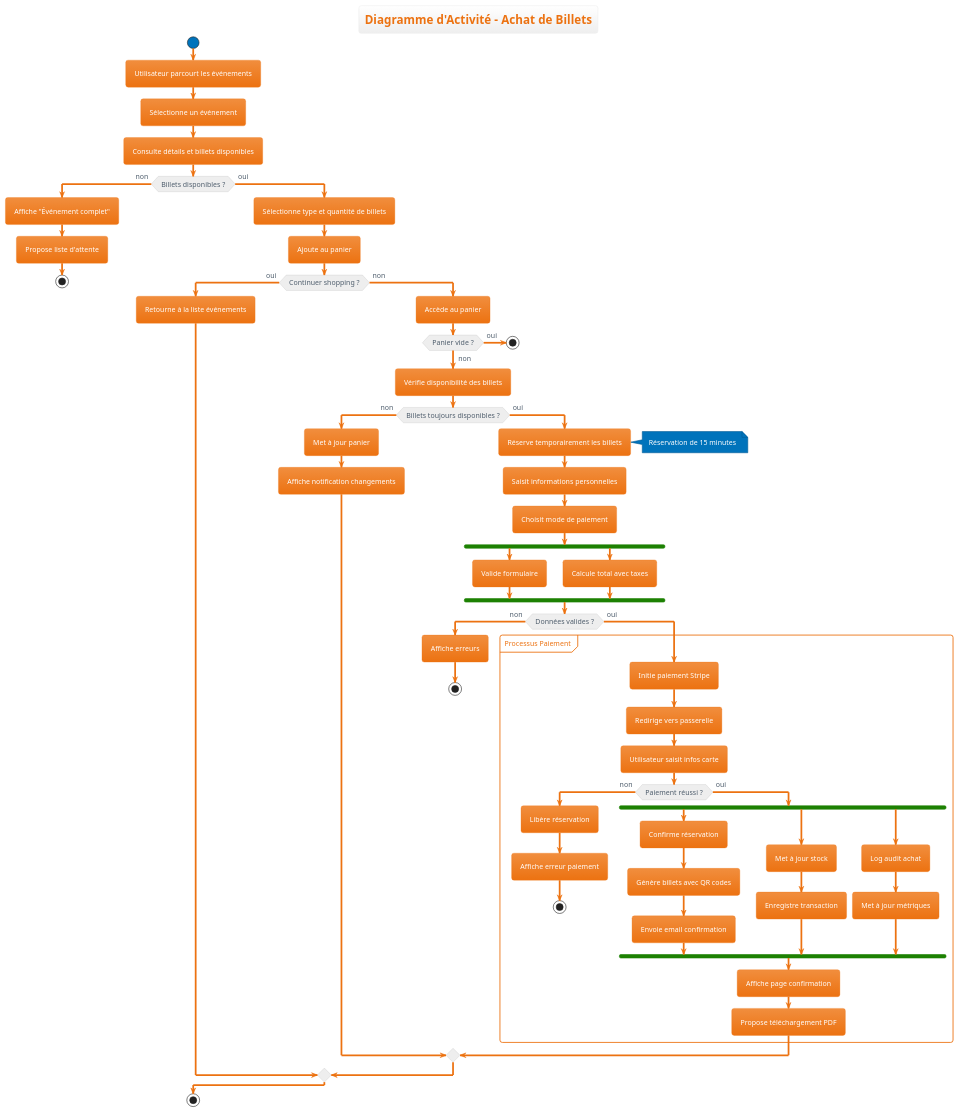
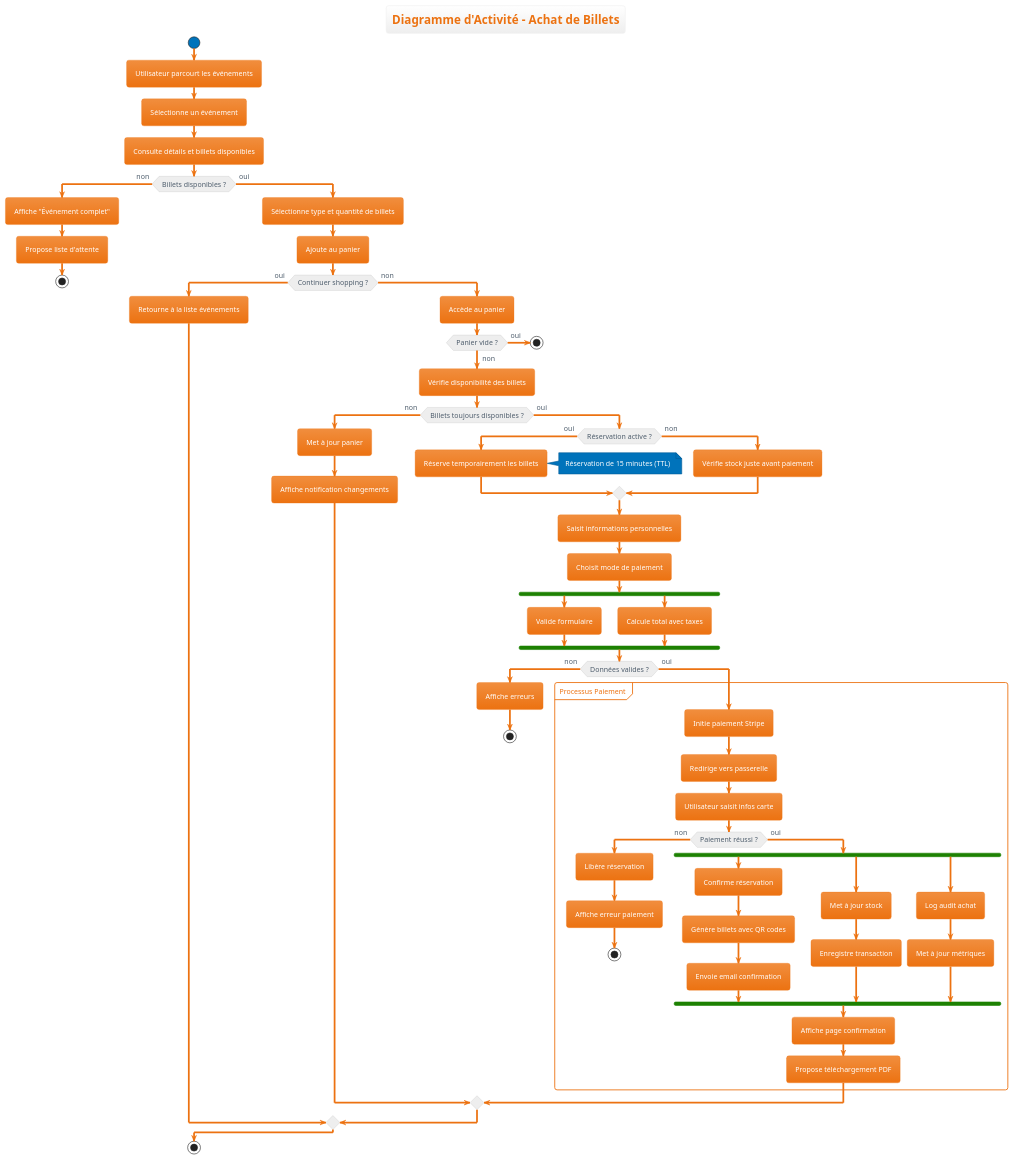
The diagram in diagrams/activities/ticket-purchase.puml (CorentinCoulet/M-C-Billetterie), drawn with PlantUML before and after one commit. The commit also changed 16 other files, not shown here.

Commit message:
épurage des diagrammes et cahier des charges, amélioration de quelques éléments UX et fonctionnels

```diff
--- a/diagrams/activities/ticket-purchase.puml
+++ b/diagrams/activities/ticket-purchase.puml
@@ -1,83 +1,87 @@
 @startuml ticket-purchase
 !theme aws-orange
 title Diagramme d'Activité - Achat de Billets
 
 start
 :Utilisateur parcourt les événements;
 :Sélectionne un événement;
 :Consulte détails et billets disponibles;
 
 if (Billets disponibles ?) then (non)
   :Affiche "Événement complet";
   :Propose liste d'attente;
   stop
 else (oui)
   :Sélectionne type et quantité de billets;
   :Ajoute au panier;
   
   if (Continuer shopping ?) then (oui)
     :Retourne à la liste événements;
   else (non)
     :Accède au panier;
     
     if (Panier vide ?) then (oui)
       stop
     else (non)
       :Vérifie disponibilité des billets;
       
       if (Billets toujours disponibles ?) then (non)
         :Met à jour panier;
         :Affiche notification changements;
       else (oui)
-        :Réserve temporairement les billets;
-        note right
-          Réservation de 15 minutes
-        end note
+        if (Réservation active ?) then (oui)
+          :Réserve temporairement les billets;
+          note right
+            Réservation de 15 minutes (TTL)
+          end note
+        else (non)
+          :Vérifie stock juste avant paiement;
+        endif
         
         :Saisit informations personnelles;
         :Choisit mode de paiement;
         
         fork
           :Valide formulaire;
         fork again
           :Calcule total avec taxes;
         end fork
         
         if (Données valides ?) then (non)
           :Affiche erreurs;
           stop
         else (oui)
           partition "Processus Paiement" {
             :Initie paiement Stripe;
             :Redirige vers passerelle;
             :Utilisateur saisit infos carte;
             
             if (Paiement réussi ?) then (non)
               :Libère réservation;
               :Affiche erreur paiement;
               stop
             else (oui)
               fork
                 :Confirme réservation;
                 :Génère billets avec QR codes;
                 :Envoie email confirmation;
               fork again
                 :Met à jour stock;
                 :Enregistre transaction;
               fork again
                 :Log audit achat;
                 :Met à jour métriques;
               end fork
               
               :Affiche page confirmation;
               :Propose téléchargement PDF;
             endif
           }
         endif
       endif
     endif
   endif
 endif
 
 stop
 @enduml
```
